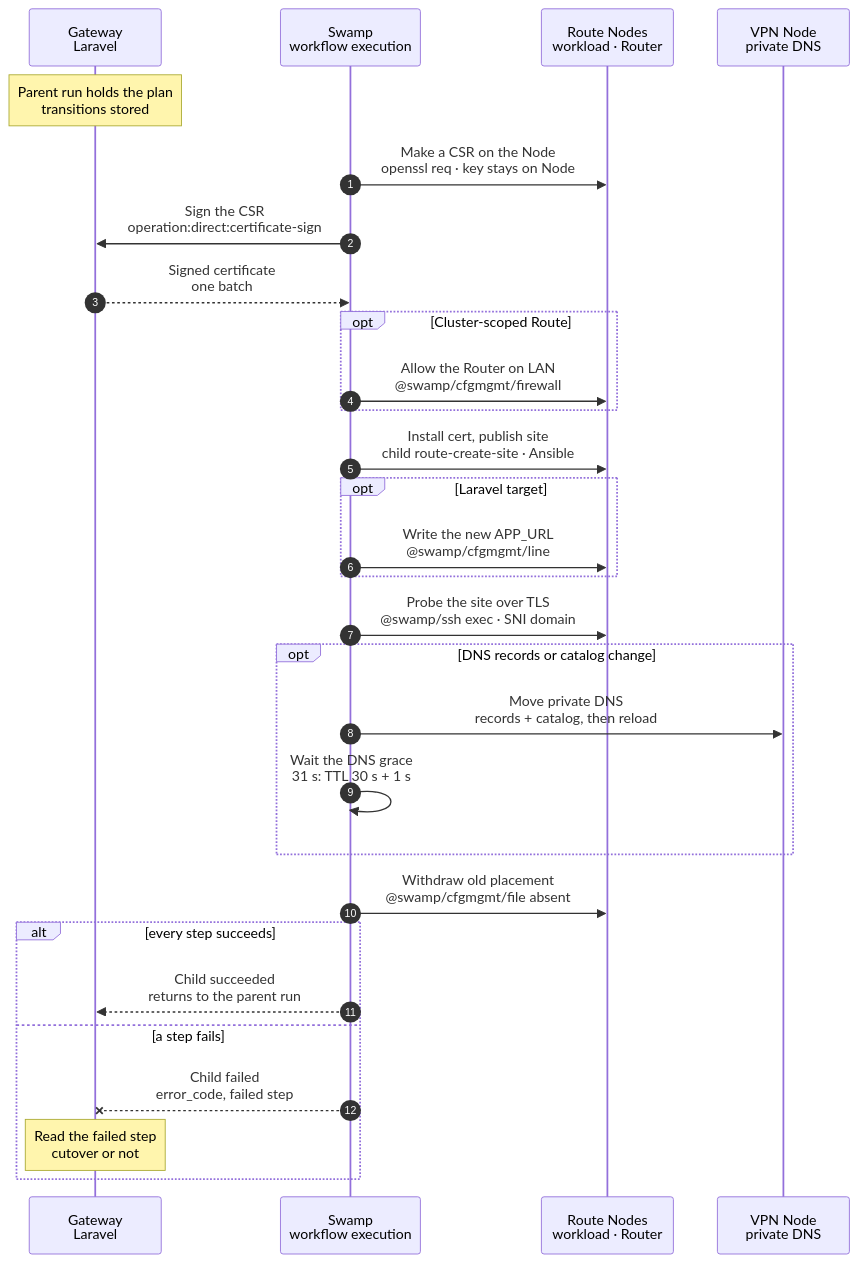
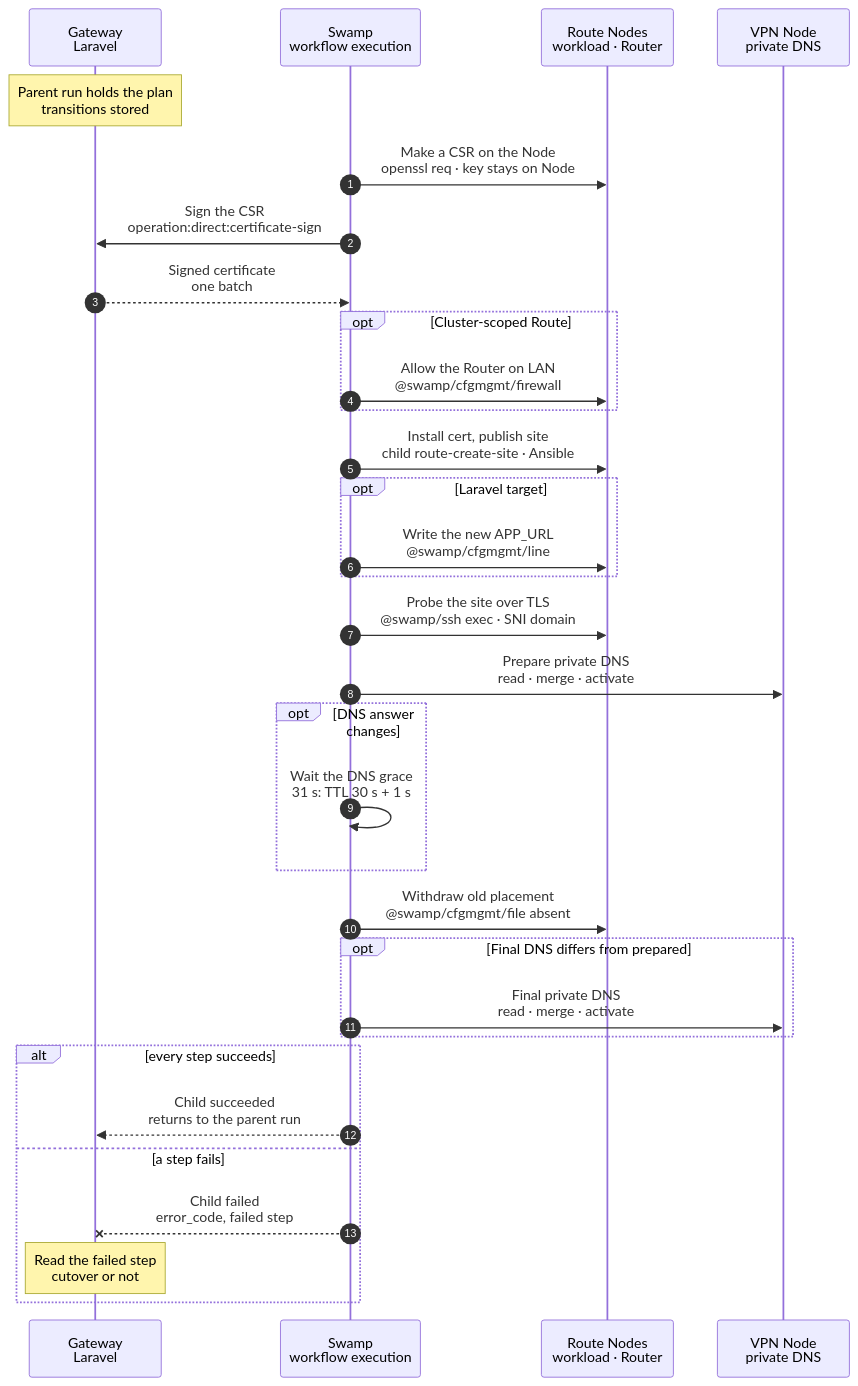
Before and after one commit to hardimpactdev/orbit: the diagram in docs/cli/route/reconcile.mmd, drawn with Mermaid. The commit also changed 7 other files, not shown here.

Commit message:
fix: retain the first live DNS publish and match final contribution counts

```diff
--- a/docs/cli/route/reconcile.mmd
+++ b/docs/cli/route/reconcile.mmd
@@ -1,66 +1,72 @@
 sequenceDiagram
   %% Target design: shared child workflow of cluster:update, cluster:activate, cluster:deactivate, cluster:node:add and cluster:node:remove, with the steps of route:update. docs/reference/routes.md#change-a-tld-cluster-state-or-cluster-membership.
   %% Decided by the orchestrator, for Nick's review (2026-11-06): the site child is one Ansible phase per Node (tags site), because each placed Swamp step costs about 1.2 s and the child ran 30 in series (47.6 s measured).
   %% status: draft
   %% command: none · shared by the Cluster commands
   %% kind: route.reconcile
   autonumber
   %% lane GW icon=gateway pill=intent tone=blue
   %% lane SW icon=workflow pill=executes tone=green
   %% lane N icon=server pill=target tone=amber
   %% lane V icon=server pill=target tone=purple
   participant GW as Gateway<br/>Laravel
   participant SW as Swamp<br/>workflow execution
   participant N as Route Nodes<br/>workload · Router
   participant V as VPN Node<br/>private DNS
   Note over GW: Parent run holds the plan<br/>transitions stored
   %%> What it is:
   %%> - one child of the parent Cluster command's run; it takes every affected Route and reconciles them together
   %%> What the Gateway stored at admission:
   %%> - a pending replacement for each domain change and the old placement for each scope change
   SW->>N: Make a CSR on the Node<br/>openssl req · key stays on Node
   %%> Key custody:
   %%> - the CSR action creates the leaf directory and gives its Node-local key root:caddy ownership and mode 0640 before it returns
   SW->>GW: Sign the CSR<br/>operation:direct:certificate-sign
   %%> Why a call to the Gateway:
   %%> - certificate signing is the one allowed step-to-Gateway call; the Orbit CA stays in the Gateway
   GW-->>SW: Signed certificate<br/>one batch
   opt Cluster-scoped Route
     SW->>N: Allow the Router on LAN<br/>@swamp/cfgmgmt/firewall
   end
   SW->>N: Install cert, publish site<br/>child route-create-site · Ansible
   %%> What it does:
   %%> - publishes each new site beside the old one on its workload Node and the Router; Caddy reloads after validation
   opt Laravel target
     SW->>N: Write the new APP_URL<br/>@swamp/cfgmgmt/line
   end
   SW->>N: Probe the site over TLS<br/>@swamp/ssh exec · SNI domain
   %%> Why:
   %%> - the probe checks the hostname and the Orbit CA; an application HTTP error does not fail it, and a failed probe stops the cutover
-  opt DNS records or catalog change
-    %%> When:
-    %%> - the admitted records or catalog differ from the preceding publication stage; equality skips the child before dispatch
-    SW->>V: Move private DNS<br/>records + catalog, then reload
+  SW->>V: Prepare private DNS<br/>read · merge · activate
+  %%> Why it always runs:
+  %%> - admitted equality cannot prove live state; the first publication keeps the existing repair and readiness path
+  opt DNS answer changes
     SW->>SW: Wait the DNS grace<br/>31 s: TTL 30 s + 1 s
     %%> Why once for all Routes:
     %%> - all names move in one step and the grace is paid once; it counts from the stored time of the last move, so a rerun does not skip it
   end
   SW->>N: Withdraw old placement<br/>@swamp/cfgmgmt/file absent
   %%> What it does:
   %%> - removes the old sites, and the certificates and LAN rules the new placement does not need
+  opt Final DNS differs from prepared
+    SW->>V: Final private DNS<br/>read · merge · activate
+    %%> When it skips:
+    %%> - the first publication already established the same records and catalog; intervening steps change no DNS
+    %%> - native failure guards prevent a successful skip after a failed first publication, and required contribution counts match the dispatched children
+  end
   alt every step succeeds
     SW-->>GW: Child succeeded<br/>returns to the parent run
   else a step fails
     SW--xGW: Child failed<br/>error_code, failed step
     Note over GW: Read the failed step<br/>cutover or not
     %%> How the Gateway knows the cutover:
     %%> - it derives it from the failed step, as for `route:update`; a step up to the DNS move is before it
     %%> Result before the cutover:
     %%> - the old Routes stay authoritative and the replacements are `failed`; the Gateway restores the Laravel URLs and private DNS; a failed Caddy validation leaves the live file unchanged, removes the candidate and skips reload
     %%> Result after the cutover:
     %%> - a failure in the DNS grace or the withdrawal leaves the new placement authoritative and the old one retiring; a rerun finishes
     %%> On the Nodes:
     %%> - finished steps stay; there is no rollback
     %%> Retry:
     %%> - run the same parent command again; every step runs again and skips what already matches
   end
```
